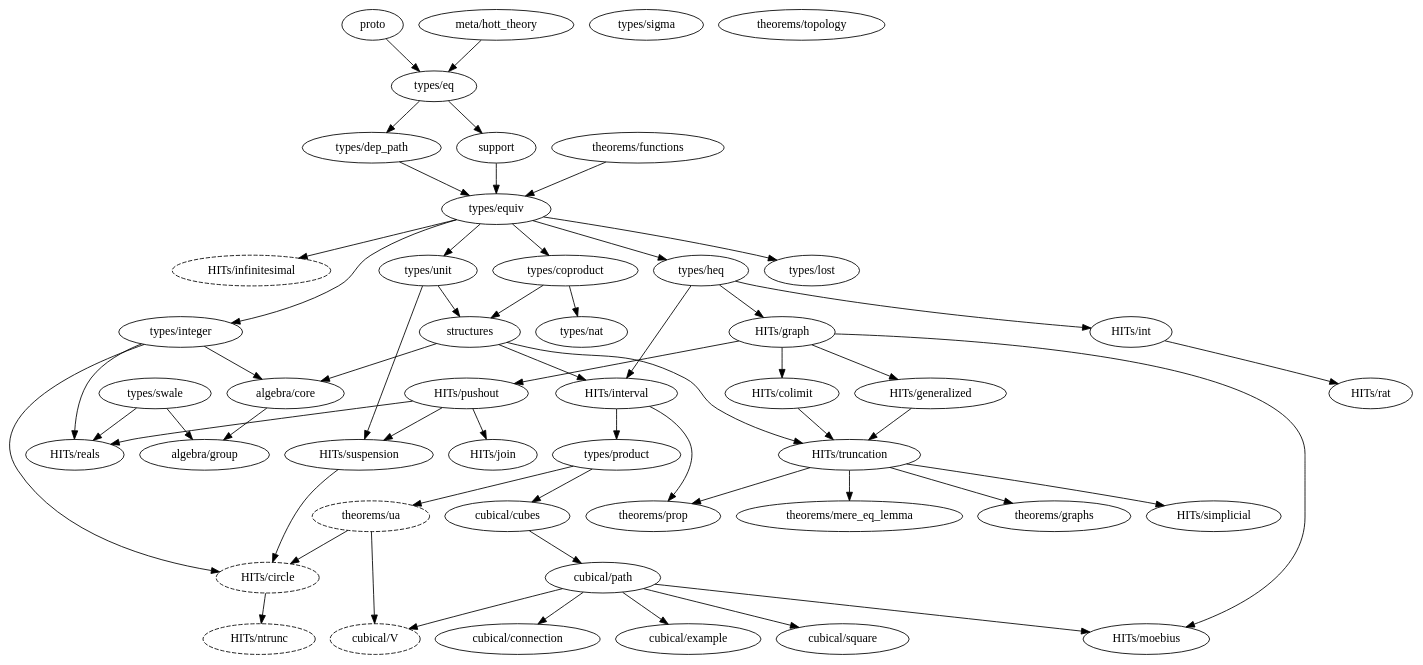
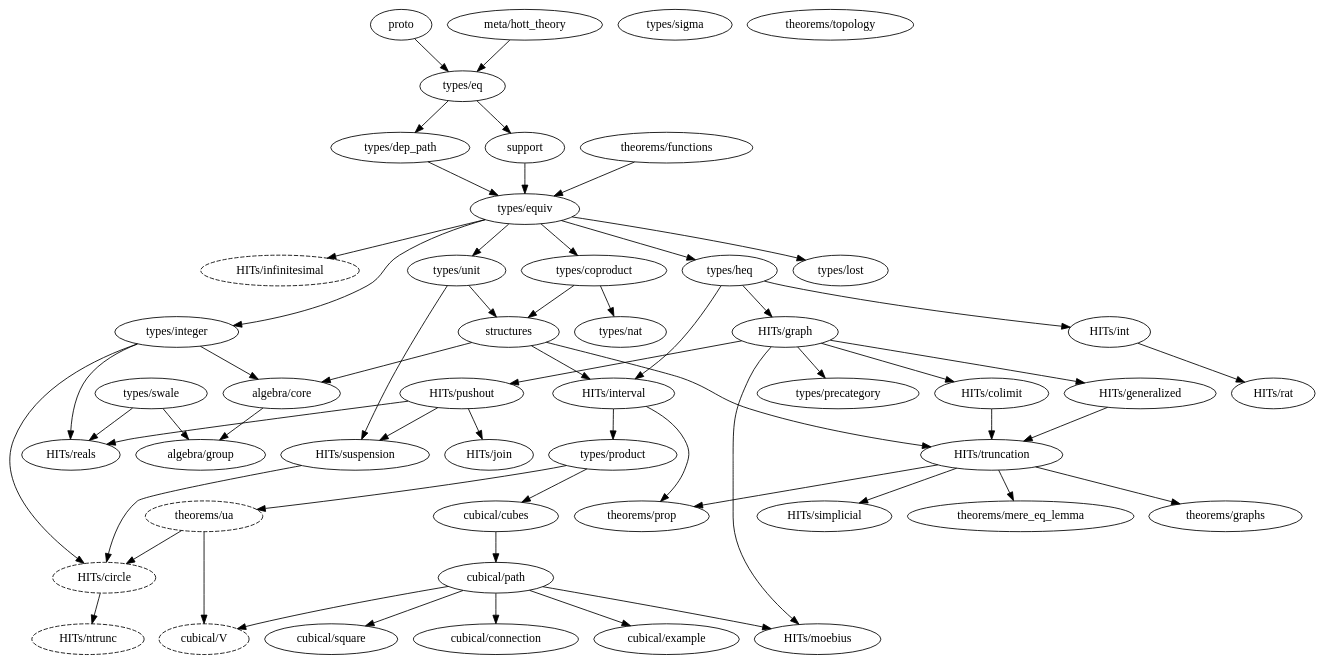
Before and after one commit to forked-from-1kasper/ground_zero: the diagram in dependency_map.gv, drawn with Graphviz. The commit also changed 5 other files, not shown here.

```diff
--- a/dependency_map.gv
+++ b/dependency_map.gv
@@ -1,103 +1,104 @@
 digraph dependency_map {
   proto -> "types/eq"
   "meta/hott_theory" -> "types/eq"
   support -> "types/equiv"
   structures -> { "HITs/interval", "HITs/truncation", "algebra/core" }
 
   subgraph univalence {
     node [style=dashed]
     "HITs/circle"
     "HITs/infinitesimal"
     "HITs/ntrunc"
     "theorems/ua"
     "cubical/V"
   }
 
   subgraph algebra {
     "algebra/core" -> "algebra/group"
     "algebra/group"
   }
 
   subgraph types {
     "types/coproduct" -> { "types/nat", structures }
     "types/dep_path" -> "types/equiv"
     "types/eq" -> { "types/dep_path", support }
     "types/equiv" -> {
       "types/heq",
       "types/integer",
       "HITs/infinitesimal",
       "types/coproduct",
       "types/lost",
       "types/unit"
     }
     "types/heq" -> {
       "HITs/int",
       "HITs/interval",
       "HITs/graph"
     }
     "types/integer" -> { "HITs/circle", "HITs/reals", "algebra/core" }
     "types/lost"
     "types/nat"
     "types/product" -> { "cubical/cubes", "theorems/ua" }
     "types/sigma"
     "types/swale" -> { "HITs/reals", "algebra/group" }
     "types/unit" -> { structures, "HITs/suspension" }
   }
 
   subgraph HITs {
     "HITs/circle" -> "HITs/ntrunc"
     "HITs/colimit" -> "HITs/truncation"
     "HITs/generalized" -> "HITs/truncation"
     "HITs/graph" -> {
       "HITs/colimit",
       "HITs/generalized",
       "HITs/pushout",
-      "HITs/moebius"
+      "HITs/moebius",
+      "types/precategory"
     }
     "HITs/infinitesimal"
     "HITs/int" -> "HITs/rat"
     "HITs/interval" -> { "types/product", "theorems/prop" }
     "HITs/join"
     "HITs/moebius"
     "HITs/ntrunc"
     "HITs/pushout" -> {
       "HITs/join",
       "HITs/reals",
       "HITs/suspension"
     }
     "HITs/rat"
     "HITs/reals"
     "HITs/simplicial"
     "HITs/suspension" -> "HITs/circle"
     "HITs/truncation" -> {
       "theorems/mere_eq_lemma",
       "theorems/prop",
       "theorems/graphs",
       "HITs/simplicial"
     }
   }
 
   subgraph cubical {
     "cubical/connection"
     "cubical/cubes" -> "cubical/path"
     "cubical/example"
     "cubical/path" -> {
       "cubical/square",
       "cubical/example",
       "cubical/V",
       "cubical/connection",
       "HITs/moebius"
     }
     "cubical/square"
     "cubical/V"
   }
 
   subgraph theorems {
     "theorems/functions" -> "types/equiv"
     "theorems/graphs"
     "theorems/mere_eq_lemma"
     "theorems/prop"
     "theorems/topology"
     "theorems/ua" -> { "HITs/circle", "cubical/V" }
   }
 }
```
